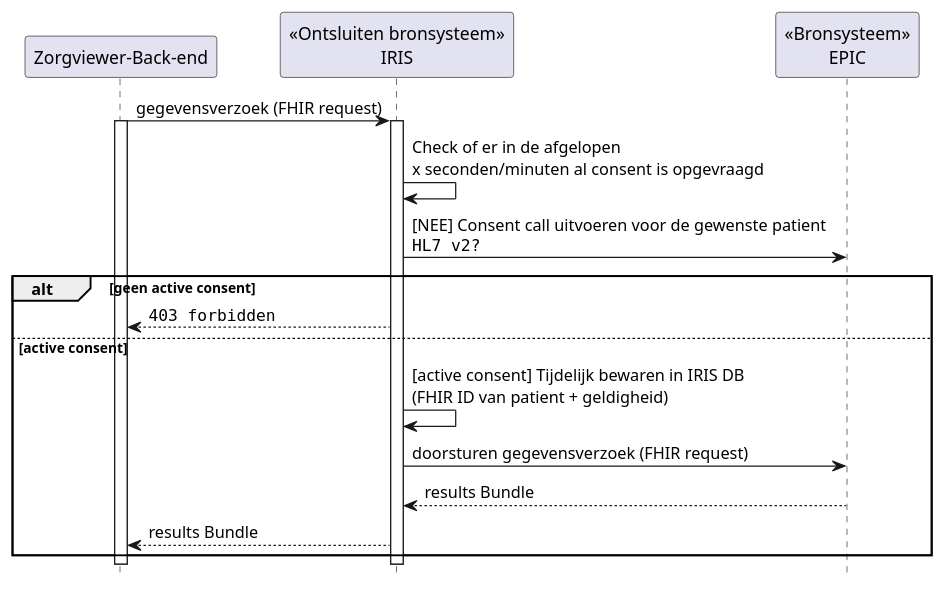
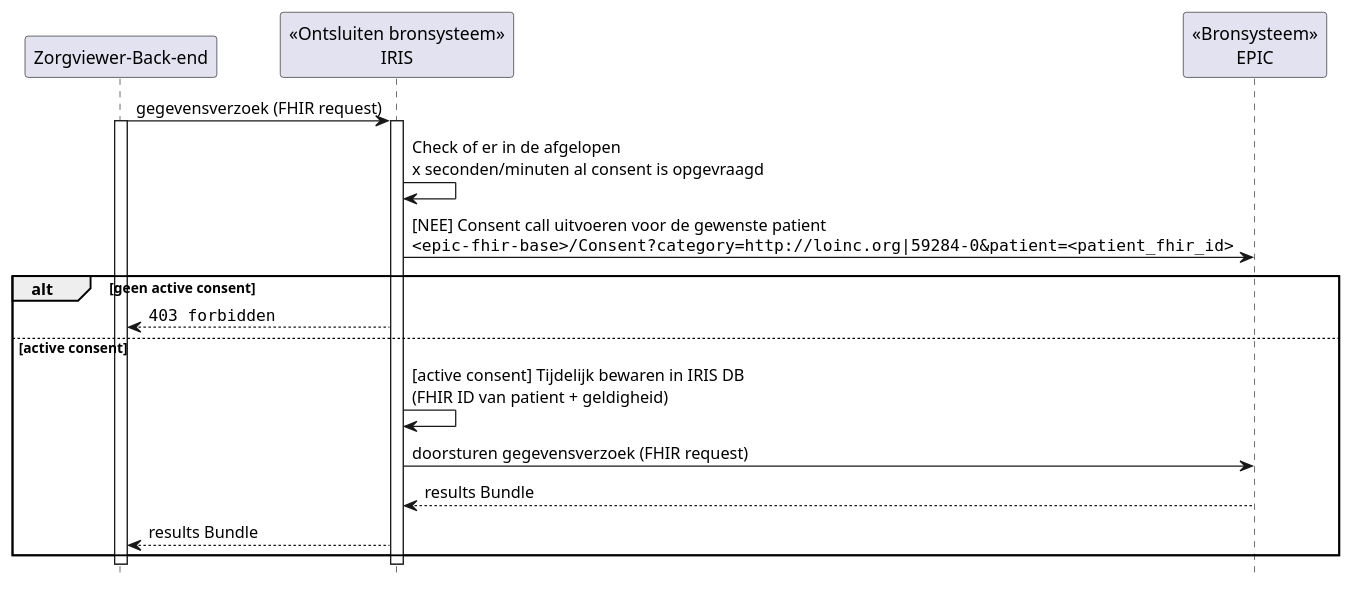
Before and after one commit to RIVO-Noord/zorgviewer-ig: the diagram in input/images-source/Consent-seq.plantuml, drawn with PlantUML.

```diff
--- a/input/images-source/Consent-seq.plantuml
+++ b/input/images-source/Consent-seq.plantuml
@@ -1,26 +1,26 @@
 @startuml
 hide footbox
 
 participant "Zorgviewer-Back-end" as zv
 participant "<<Ontsluiten bronsysteem>>\nIRIS" as obron
 participant "<<Bronsysteem>>\nEPIC" as bron
 
 zv->obron: gegevensverzoek (FHIR request)
 activate zv
 activate obron
 obron->obron: Check of er in de afgelopen\nx seconden/minuten al consent is opgevraagd
-obron->bron: [NEE] Consent call uitvoeren voor de gewenste patient\n""HL7 v2?""
+obron->bron: [NEE] Consent call uitvoeren voor de gewenste patient\n""<epic-fhir-base>/Consent?category=http://loinc.org|59284-0&patient=<patient_fhir_id>""
 
 alt geen active consent
   obron-->zv: ""403 forbidden""
 else active consent
   obron->obron: [active consent] Tijdelijk bewaren in IRIS DB\n(FHIR ID van patient + geldigheid)
   obron->bron: doorsturen gegevensverzoek (FHIR request)
   bron-->obron: results Bundle
   obron-->zv: results Bundle
 end
 
 deactivate obron
 deactivate zv
 
 @enduml
```
